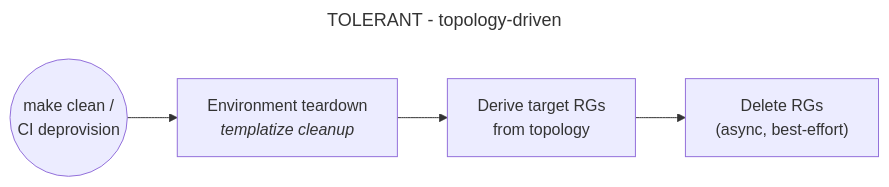
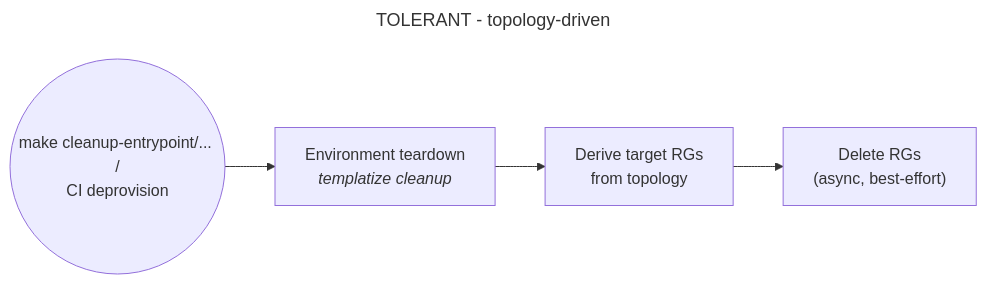
The second of 3 diagrams in docs/ci/cleanup.md (Azure/ARO-HCP), drawn with Mermaid before and after one commit. The commit also changed other lines of this file and 37 other files, not shown here.

````diff
--- a/docs/ci/cleanup.md
+++ b/docs/ci/cleanup.md
@@ -54,9 +30,9 @@
 ```mermaid
 ---
 title: "TOLERANT - topology-driven"
 ---
 flowchart LR
-    devDelete(("make clean /<br/>CI deprovision")) --> topoCleanup["Environment teardown<br/><i>templatize cleanup</i>"]
+    devDelete(("make cleanup-entrypoint/... /<br/>CI deprovision")) --> topoCleanup["Environment teardown<br/><i>templatize cleanup</i>"]
     topoCleanup --> deriveTargets["Derive target RGs<br/>from topology"]
     deriveTargets --> asyncDelete["Delete RGs<br/>(async, best-effort)"]
 ```
````
